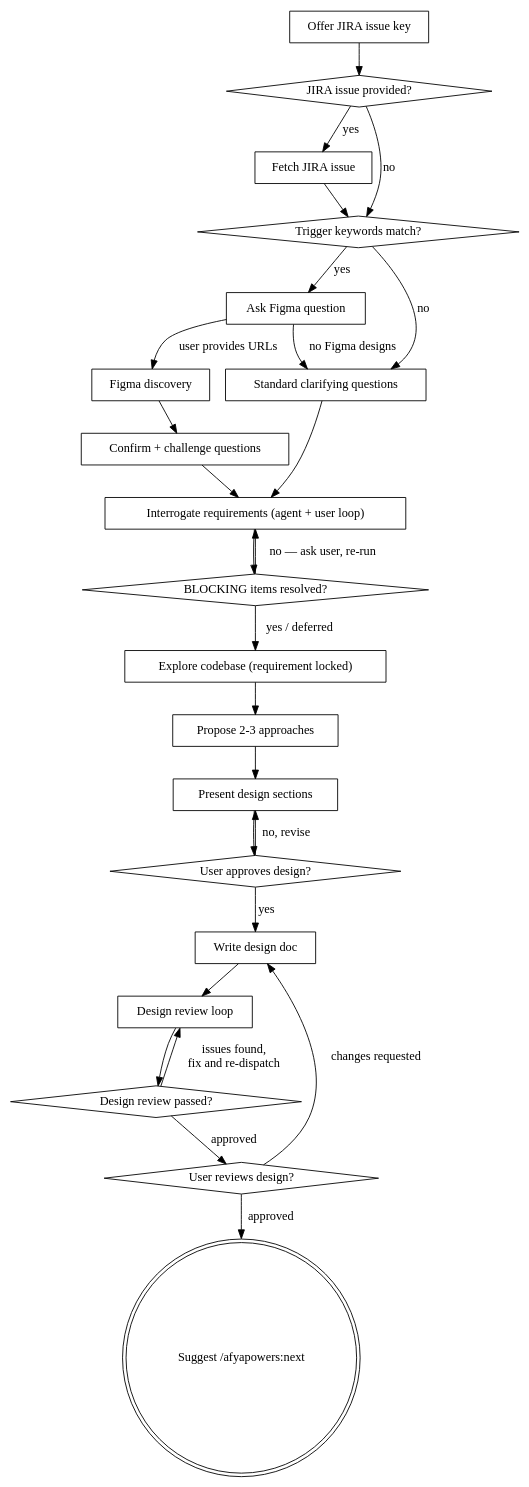
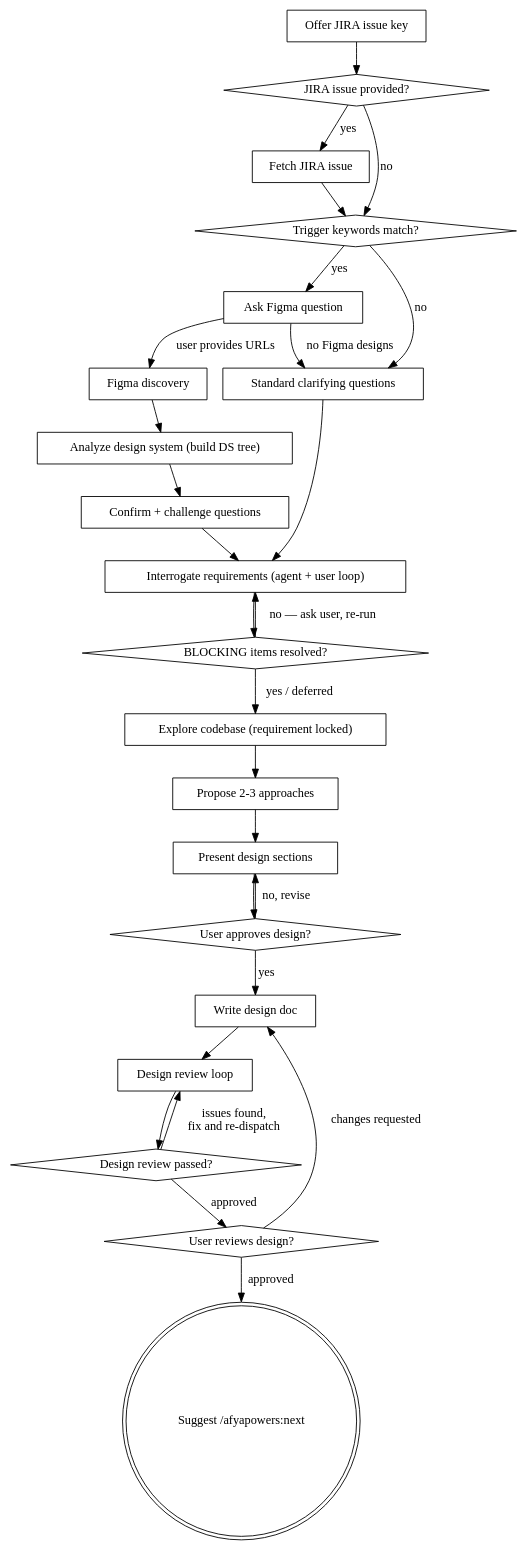
Before and after one commit to iclinic/afyapowers: the diagram in dist/claude/skills/design/SKILL.md, drawn with Graphviz. The commit also changed other lines of this file and 1 other file, not shown here.

Commit message:
feat: invoke analyzing-design-system in design phase after node map

````diff
--- a/dist/claude/skills/design/SKILL.md
+++ b/dist/claude/skills/design/SKILL.md
@@ -54,49 +55,51 @@
 ```dot
 digraph design {
     "Offer JIRA issue key" [shape=box];
     "JIRA issue provided?" [shape=diamond];
     "Fetch JIRA issue" [shape=box];
     "Trigger keywords match?" [shape=diamond];
     "Ask Figma question" [shape=box];
     "Figma discovery" [shape=box];
+    "Analyze design system (build DS tree)" [shape=box];
     "Confirm + challenge questions" [shape=box];
     "Standard clarifying questions" [shape=box];
     "Interrogate requirements (agent + user loop)" [shape=box];
     "BLOCKING items resolved?" [shape=diamond];
     "Explore codebase (requirement locked)" [shape=box];
     "Propose 2-3 approaches" [shape=box];
     "Present design sections" [shape=box];
     "User approves design?" [shape=diamond];
     "Write design doc" [shape=box];
     "Design review loop" [shape=box];
     "Design review passed?" [shape=diamond];
     "User reviews design?" [shape=diamond];
     "Suggest /afyapowers:next" [shape=doublecircle];
 
     "Offer JIRA issue key" -> "JIRA issue provided?";
     "JIRA issue provided?" -> "Fetch JIRA issue" [label="yes"];
     "JIRA issue provided?" -> "Trigger keywords match?" [label="no"];
     "Fetch JIRA issue" -> "Trigger keywords match?";
     "Trigger keywords match?" -> "Ask Figma question" [label="yes"];
     "Trigger keywords match?" -> "Standard clarifying questions" [label="no"];
     "Ask Figma question" -> "Figma discovery" [label="user provides URLs"];
     "Ask Figma question" -> "Standard clarifying questions" [label="no Figma designs"];
-    "Figma discovery" -> "Confirm + challenge questions";
+    "Figma discovery" -> "Analyze design system (build DS tree)";
+    "Analyze design system (build DS tree)" -> "Confirm + challenge questions";
     "Confirm + challenge questions" -> "Interrogate requirements (agent + user loop)";
     "Standard clarifying questions" -> "Interrogate requirements (agent + user loop)";
     "Interrogate requirements (agent + user loop)" -> "BLOCKING items resolved?";
     "BLOCKING items resolved?" -> "Interrogate requirements (agent + user loop)" [label="no — ask user, re-run"];
     "BLOCKING items resolved?" -> "Explore codebase (requirement locked)" [label="yes / deferred"];
     "Explore codebase (requirement locked)" -> "Propose 2-3 approaches";
     "Propose 2-3 approaches" -> "Present design sections";
     "Present design sections" -> "User approves design?";
     "User approves design?" -> "Present design sections" [label="no, revise"];
     "User approves design?" -> "Write design doc" [label="yes"];
     "Write design doc" -> "Design review loop";
     "Design review loop" -> "Design review passed?";
     "Design review passed?" -> "Design review loop" [label="issues found,\nfix and re-dispatch"];
     "Design review passed?" -> "User reviews design?" [label="approved"];
     "User reviews design?" -> "Write design doc" [label="changes requested"];
     "User reviews design?" -> "Suggest /afyapowers:next" [label="approved"];
 }
 ```
````
